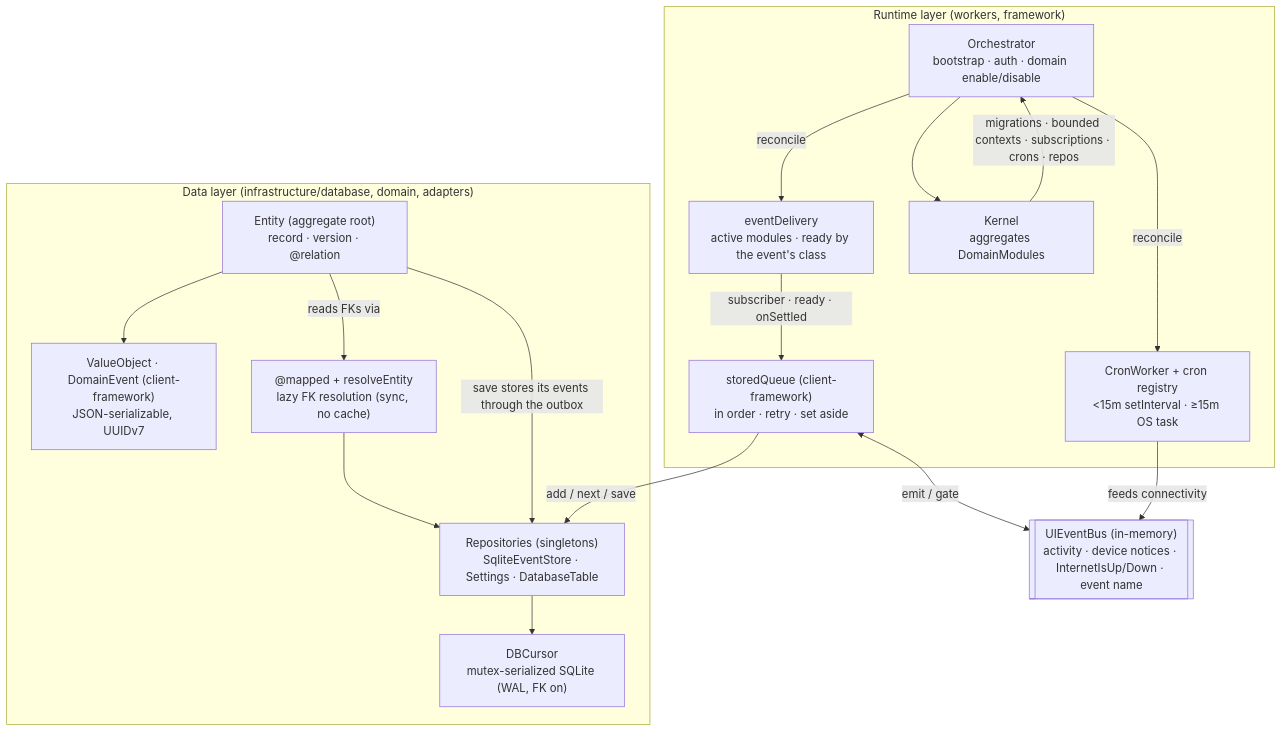
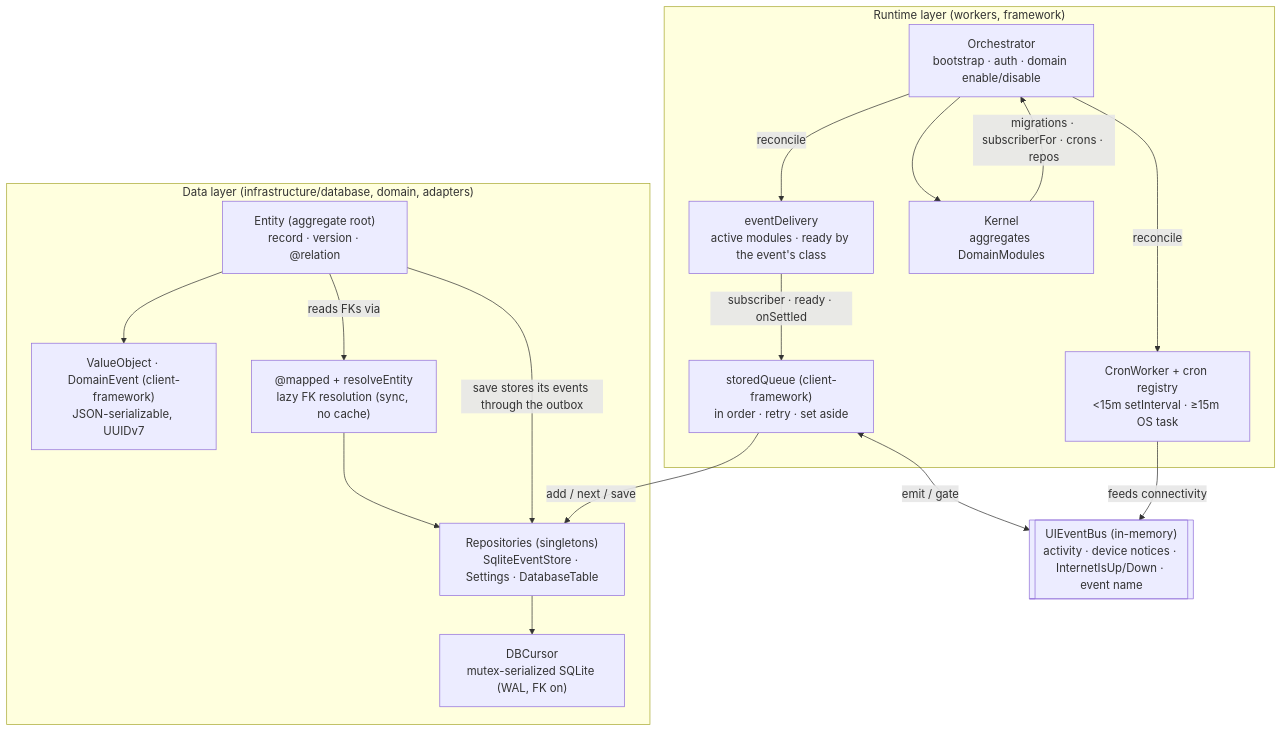
One commit to Sincpro-SRL/sincpro_mobile changed the first of 3 diagrams in docs/architecture-core.md. Above: the diagram before and after it, drawn with Mermaid. The commit also changed other lines of this file and 46 other files, not shown here.

````diff
--- a/docs/architecture-core.md
+++ b/docs/architecture-core.md
@@ -46,34 +63,34 @@
 ```mermaid
 flowchart TB
     subgraph DATA["Data layer (infrastructure/database, domain, adapters)"]
         entity["Entity (aggregate root)<br/>record · version · @relation"]
         vo["ValueObject · DomainEvent (client-framework)<br/>JSON-serializable, UUIDv7"]
         mapped["@mapped + resolveEntity<br/>lazy FK resolution (sync, no cache)"]
         cursor["DBCursor<br/>mutex-serialized SQLite (WAL, FK on)"]
         repos["Repositories (singletons)<br/>SqliteEventStore · Settings · DatabaseTable"]
     end
 
     subgraph RUNTIME["Runtime layer (workers, framework)"]
         bus["storedQueue (client-framework)<br/>in order · retry · set aside"]
         qp["eventDelivery<br/>active modules · ready by the event's class"]
         cron["CronWorker + cron registry<br/>&lt;15m setInterval · ≥15m OS task"]
         orch["Orchestrator<br/>bootstrap · auth · domain enable/disable"]
         kernel["Kernel<br/>aggregates DomainModules"]
     end
 
     uibus[["UIEventBus (in-memory)<br/>activity · device notices · InternetIsUp/Down · event name"]]
 
     entity --> vo
     entity -->|reads FKs via| mapped
     mapped --> repos
     repos --> cursor
     entity -->|save stores its events through the outbox| repos
     bus -->|add / next / save| repos
     qp -->|subscriber · ready · onSettled| bus
     bus <-->|emit / gate| uibus
     cron -->|feeds connectivity| uibus
     orch --> kernel
     orch -->|reconcile| qp
     orch -->|reconcile| cron
-    kernel -->|migrations · bounded contexts · subscriptions · crons · repos| orch
+    kernel -->|migrations · subscriberFor · crons · repos| orch
 ```
````
